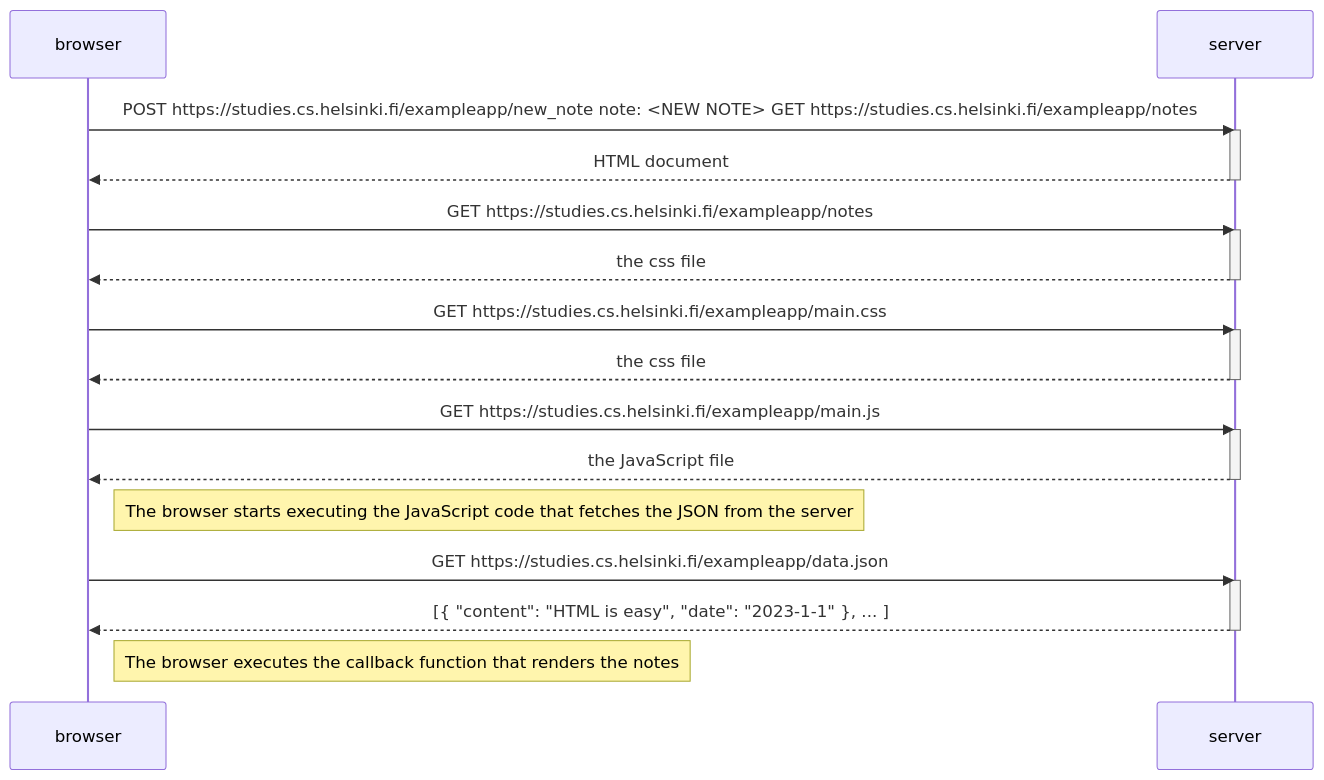
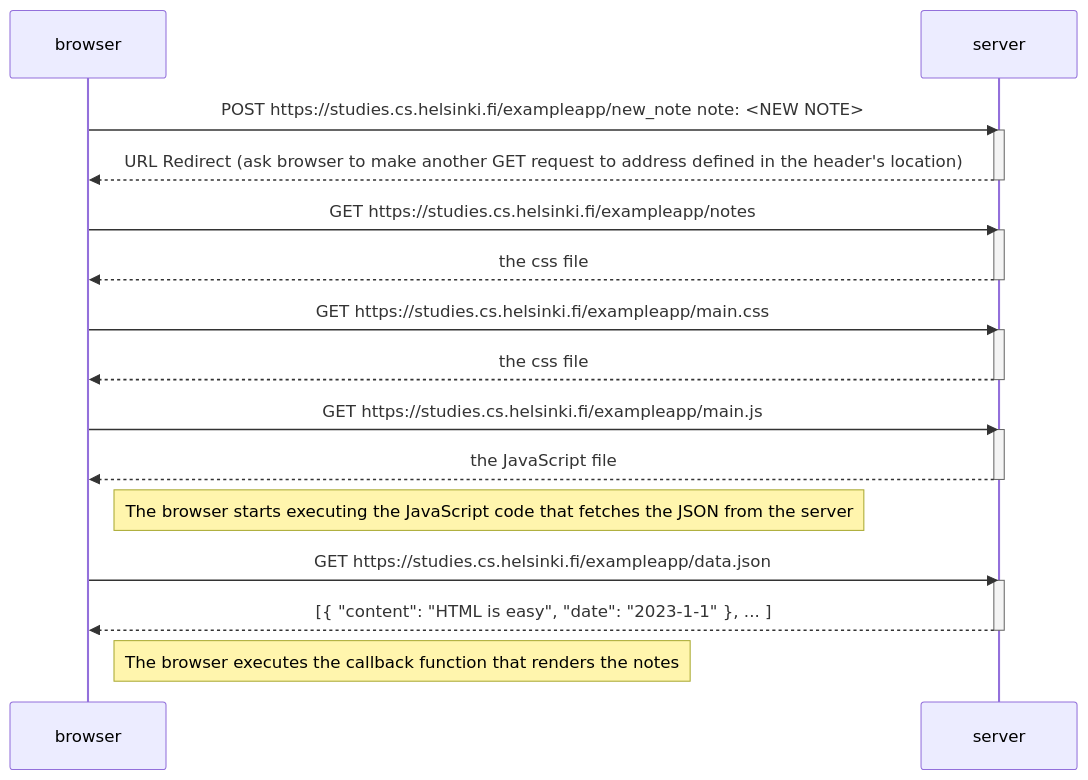
Before and after one commit to aleksmllr/fullstackopen: the diagram in part0/newNoteDiagram.md, drawn with Mermaid.

Commit message:
Mermaid styling...

````diff
--- a/part0/newNoteDiagram.md
+++ b/part0/newNoteDiagram.md
@@ -2,34 +2,34 @@
 ```mermaid
 sequenceDiagram
     participant browser
     participant server
 
-    browser->>server: POST https://studies.cs.helsinki.fi/exampleapp/new_note note: <NEW NOTE> GET https://studies.cs.helsinki.fi/exampleapp/notes
+    browser->>server: POST https://studies.cs.helsinki.fi/exampleapp/new_note        note: <NEW NOTE>
     activate server
-    server-->>browser: HTML document
+    server-->>browser: URL Redirect (ask browser to make another GET request to address defined in the header's location)
     deactivate server
 
     browser->>server: GET https://studies.cs.helsinki.fi/exampleapp/notes
     activate server
     server-->>browser: the css file
     deactivate server
 
     browser->>server: GET https://studies.cs.helsinki.fi/exampleapp/main.css
     activate server
     server-->>browser: the css file
     deactivate server
 
     browser->>server: GET https://studies.cs.helsinki.fi/exampleapp/main.js
     activate server
     server-->>browser: the JavaScript file
     deactivate server
 
     Note right of browser: The browser starts executing the JavaScript code that fetches the JSON from the server
 
     browser->>server: GET https://studies.cs.helsinki.fi/exampleapp/data.json
     activate server
     server-->>browser: [{ "content": "HTML is easy", "date": "2023-1-1" }, ... ]
     deactivate server
 
     Note right of browser: The browser executes the callback function that renders the notes
 ```
````
